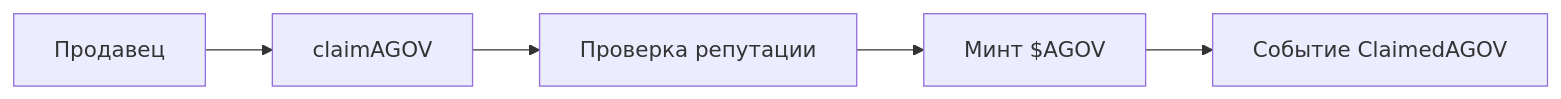
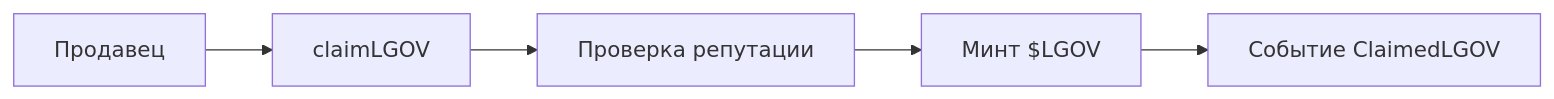
The third of 3 diagrams in contracts/docs/LoveEmissionEngine.md (ViralLove/amanita), drawn with Mermaid before and after one commit. The commit also changed other lines of this file and 6 other files, not shown here.

````diff
--- a/contracts/docs/LoveEmissionEngine.md
+++ b/contracts/docs/LoveEmissionEngine.md
@@ -290,7 +290,7 @@
 ```mermaid
 graph LR
-    A[Продавец] --> B[claimAGOV]
+    A[Продавец] --> B[claimLGOV]
     B --> C[Проверка репутации]
-    C --> D[Минт $AGOV]
-    D --> E[Событие ClaimedAGOV]
+    C --> D[Минт $LGOV]
+    D --> E[Событие ClaimedLGOV]
 ```
````
